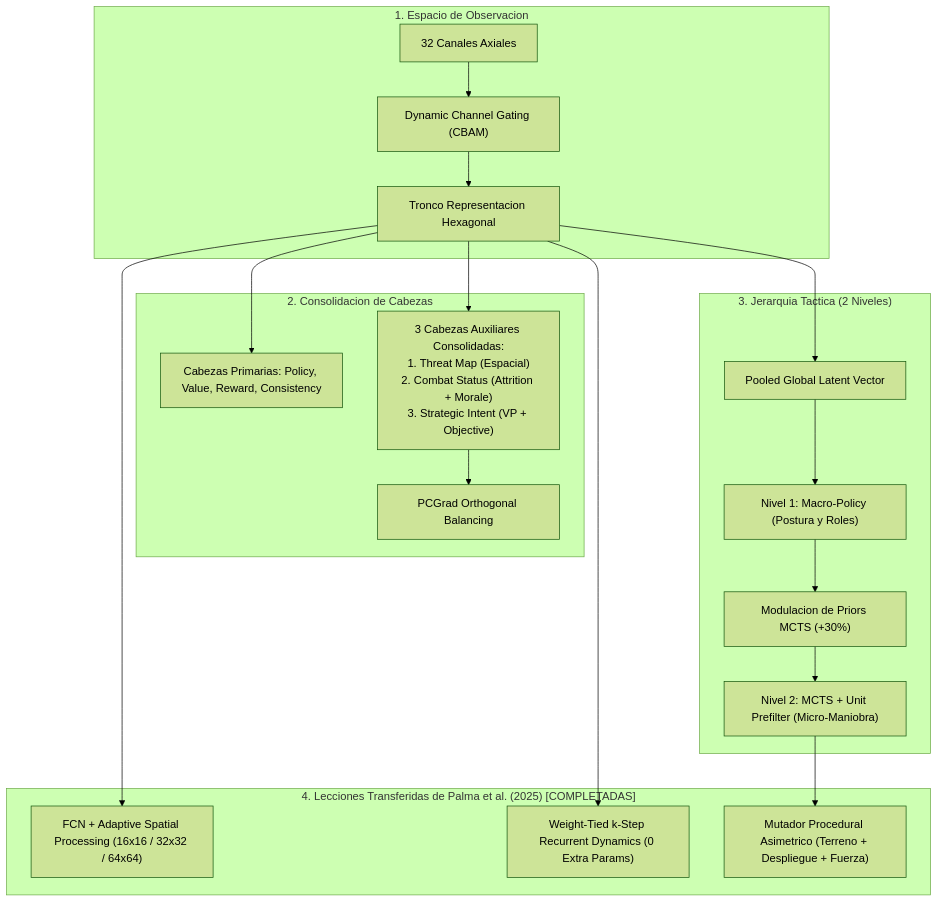
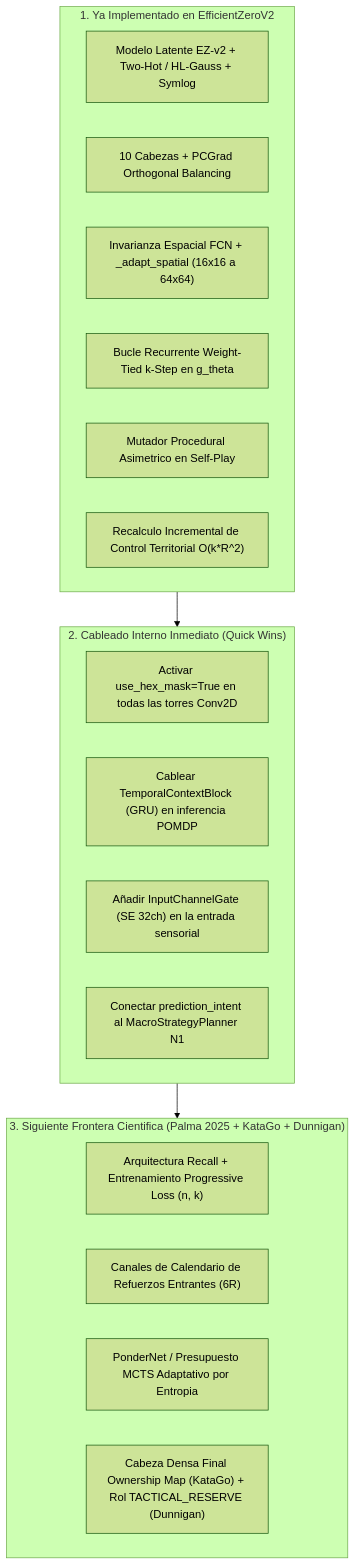
The sixth of 6 diagrams in docs/06_LITERATURE_AUDIT_CHANNELS_HEADS_TACTICS.md (richardcc/assault-ai-pilot), drawn with Mermaid (forest theme) before and after one commit. The commit also changed other lines of this file, not shown here.

Commit message:
docs(audit): update 06_LITERATURE_AUDIT with unimplemented contributions from Palma et al. (2025) and SOTA

````diff
--- a/docs/06_LITERATURE_AUDIT_CHANNELS_HEADS_TACTICS.md
+++ b/docs/06_LITERATURE_AUDIT_CHANNELS_HEADS_TACTICS.md
@@ -312,26 +398,27 @@
 ```mermaid
 flowchart TD
-    subgraph Observacion["1. Espacio de Observacion"]
-        CH32["32 Canales Axiales"] --> Gating["Dynamic Channel Gating (CBAM)"]
-        Gating --> RepTrunk["Tronco Representacion Hexagonal"]
+    subgraph Implementado["1. Ya Implementado en EfficientZeroV2"]
+        I1["Modelo Latente EZ-v2 + Two-Hot / HL-Gauss + Symlog"]
+        I2["10 Cabezas + PCGrad Orthogonal Balancing"]
+        I3["Invarianza Espacial FCN + _adapt_spatial (16x16 a 64x64)"]
+        I4["Bucle Recurrente Weight-Tied k-Step en g_theta"]
+        I5["Mutador Procedural Asimetrico en Self-Play"]
+        I6["Recalculo Incremental de Control Territorial O(k*R^2)"]
     end
 
-    subgraph Cabezas["2. Consolidacion de Cabezas"]
-        RepTrunk --> CoreHeads["Cabezas Primarias: Policy, Value, Reward, Consistency"]
-        RepTrunk --> AuxConsolidated["3 Cabezas Auxiliares Consolidadas:\n1. Threat Map (Espacial)\n2. Combat Status (Attrition + Morale)\n3. Strategic Intent (VP + Objective)"]
-        AuxConsolidated --> PCGrad["PCGrad Orthogonal Balancing"]
+    subgraph Fase_Inmediata["2. Cableado Interno Inmediato (Quick Wins)"]
+        Q1["Activar use_hex_mask=True en todas las torres Conv2D"]
+        Q2["Cablear TemporalContextBlock (GRU) en inferencia POMDP"]
+        Q3["Añadir InputChannelGate (SE 32ch) en la entrada sensorial"]
+        Q4["Conectar prediction_intent al MacroStrategyPlanner N1"]
     end
 
-    subgraph Jerarquia["3. Jerarquia Tactica (2 Niveles)"]
-        RepTrunk --> LatentPooled["Pooled Global Latent Vector"]
-        LatentPooled --> MacroPolicy["Nivel 1: Macro-Policy (Postura y Roles)"]
-        MacroPolicy --> RootPriors["Modulacion de Priors MCTS (+30%)"]
-        RootPriors --> MicroMCTS["Nivel 2: MCTS + Unit Prefilter (Micro-Maniobra)"]
+    subgraph Fase_Avanzada["3. Siguiente Frontera Cientifica (Palma 2025 + KataGo + Dunnigan)"]
+        A1["Arquitectura Recall + Entrenamiento Progressive Loss (n, k)"]
+        A2["Canales de Calendario de Refuerzos Entrantes (6R)"]
+        A3["PonderNet / Presupuesto MCTS Adaptativo por Entropia"]
+        A4["Cabeza Densa Final Ownership Map (KataGo) + Rol TACTICAL_RESERVE (Dunnigan)"]
     end
 
-    subgraph Adaptaciones["4. Lecciones Transferidas de Palma et al. (2025) [COMPLETADAS]"]
-        RepTrunk --> FCN_Scale["FCN + Adaptive Spatial Processing (16x16 / 32x32 / 64x64)"]
-        RepTrunk -->RecDyn["Weight-Tied k-Step Recurrent Dynamics (0 Extra Params)"]
-        MicroMCTS --> ProcGen["Mutador Procedural Asimetrico (Terreno + Despliegue + Fuerza)"]
-    end
+    Implementado --> Fase_Inmediata --> Fase_Avanzada
 ```
````
